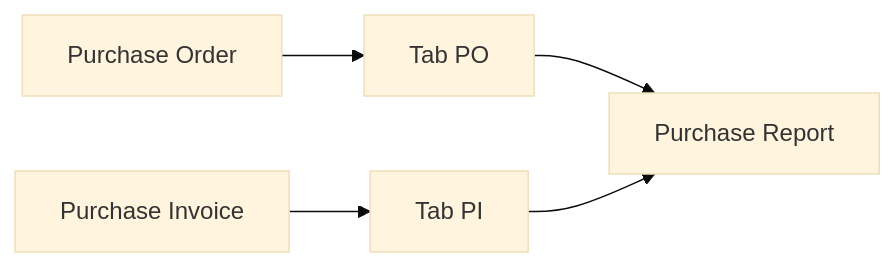
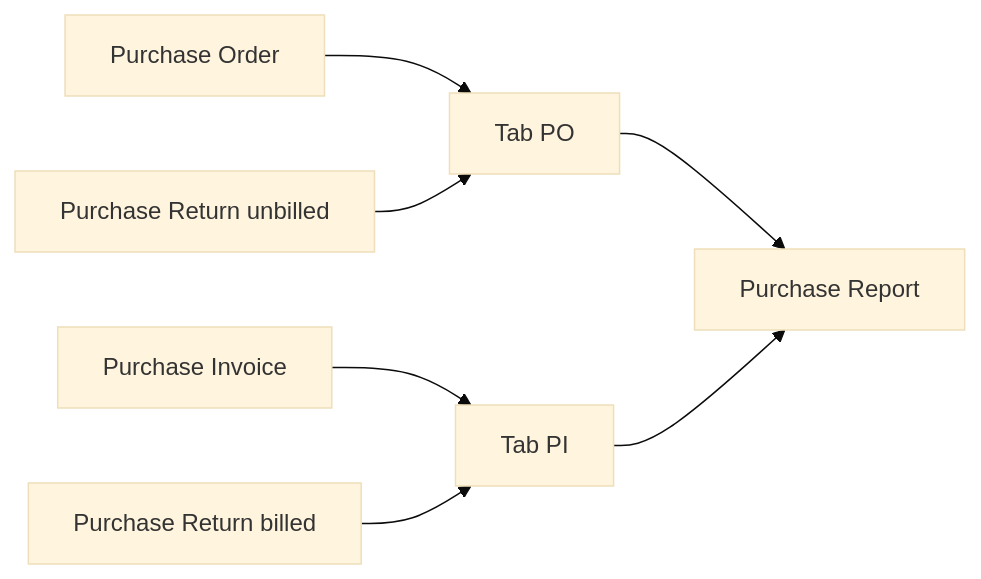
Before and after one commit to yendyr/olshoperp-docs: the diagram in qa-docs/accounting-purchase-report/requirement.md, drawn with Mermaid (base theme). The commit also changed other lines of this file and 14 other files, not shown here.

````diff
--- a/qa-docs/accounting-purchase-report/requirement.md
+++ b/qa-docs/accounting-purchase-report/requirement.md
@@ -44,7 +45,9 @@
 ```mermaid
 flowchart LR
   PO[Purchase Order] --> TabPO[Tab PO]
+  PRu[Purchase Return unbilled] --> TabPO
   PI[Purchase Invoice] --> TabPI[Tab PI]
+  PRb[Purchase Return billed] --> TabPI
   TabPO --> R[Purchase Report]
   TabPI --> R
 ```
````
